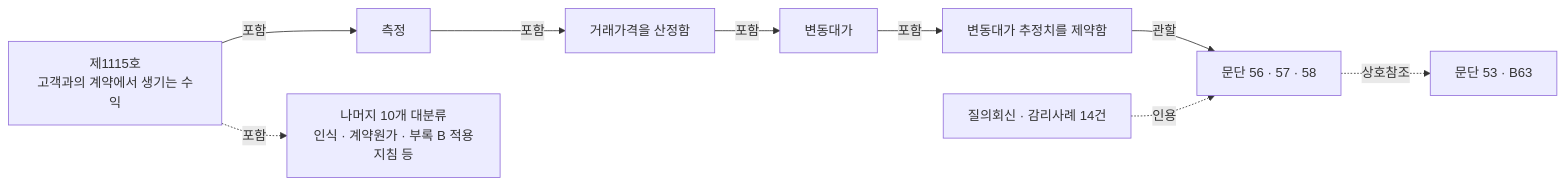
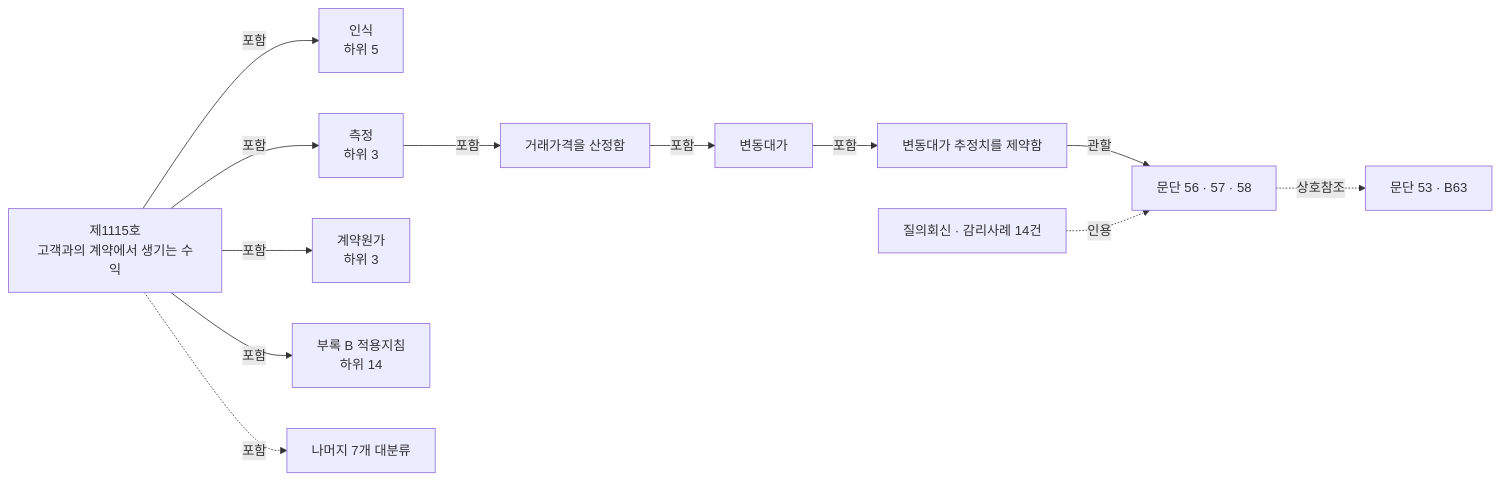
One commit to ghdtjrgns321-creator/k-ifrs-1115 changed the diagram in README.md. Above: the diagram before and after it, drawn with Mermaid.

Commit message:
docs(readme): 지식그래프 도식에 대분류 4개 노출로 트리 폭 복원

````diff
--- a/README.md
+++ b/README.md
@@ -13,13 +13,16 @@
 ```mermaid
 graph LR
     R["제1115호<br/>고객과의 계약에서 생기는 수익"]
-    R -->|포함| T4["측정"]
-    R -.->|포함| ETC["나머지 10개 대분류<br/>인식 · 계약원가 · 부록 B 적용지침 등"]
+    R -->|포함| T3["인식<br/>하위 5"]
+    R -->|포함| T4["측정<br/>하위 3"]
+    R -->|포함| T5["계약원가<br/>하위 3"]
+    R -->|포함| T8["부록 B 적용지침<br/>하위 14"]
+    R -.->|포함| ETC["나머지 7개 대분류"]
 
     T4 -->|포함| M1["거래가격을 산정함"]
     M1 -->|포함| M2["변동대가"]
     M2 -->|포함| M3["변동대가 추정치를 제약함"]
     M3 -->|관할| P["문단 56 · 57 · 58"]
     P -.->|상호참조| P2["문단 53 · B63"]
     S["질의회신 · 감리사례 14건"] -.->|인용| P
 ```
````
